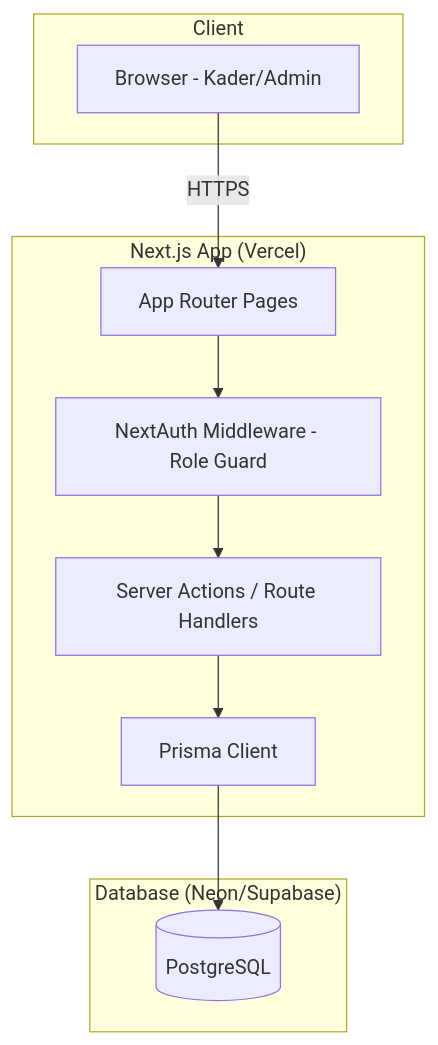
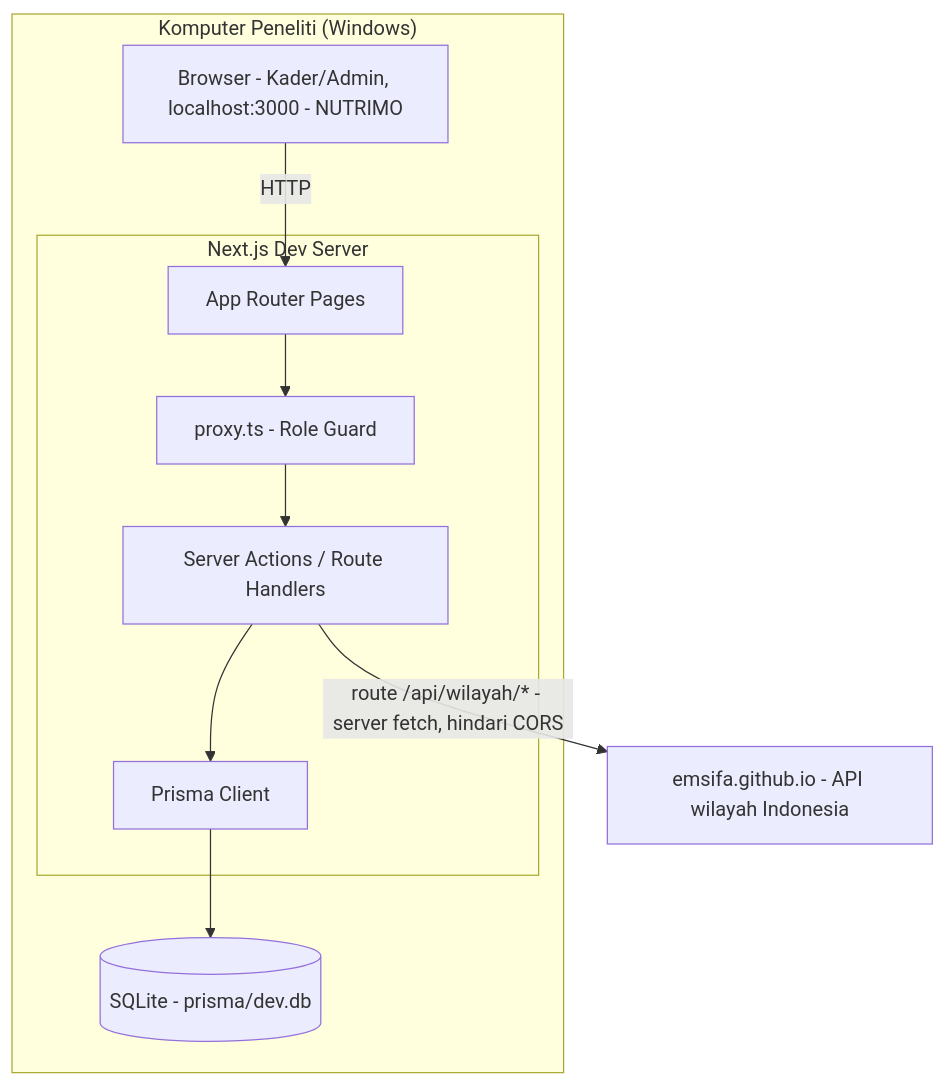
The first of 5 diagrams in architecture.md (Makipak/pakanBayi), drawn with Mermaid before and after one commit. The commit also changed other lines of this file and 7 other files, not shown here.

````diff
--- a/architecture.md
+++ b/architecture.md
@@ -19,23 +26,21 @@
 ```mermaid
 graph TD
-    subgraph Client
-        A[Browser - Kader/Admin]
+    subgraph "Komputer Peneliti (Windows)"
+        A[Browser - Kader/Admin, localhost:3000 - NUTRIMO]
+        subgraph "Next.js Dev Server"
+            B[App Router Pages]
+            C[Server Actions / Route Handlers]
+            D[proxy.ts - Role Guard]
+            E[Prisma Client]
+        end
+        F[(SQLite - prisma/dev.db)]
     end
+    G[emsifa.github.io - API wilayah Indonesia]
 
-    subgraph "Next.js App (Vercel)"
-        B[App Router Pages]
-        C[Server Actions / Route Handlers]
-        D[NextAuth Middleware - Role Guard]
-        E[Prisma Client]
-    end
-
-    subgraph "Database (Neon/Supabase)"
-        F[(PostgreSQL)]
-    end
-
-    A -->|HTTPS| B
+    A -->|HTTP| B
     B --> D
     D --> C
     C --> E
     E --> F
+    C -->|route /api/wilayah/* - server fetch, hindari CORS| G
 ```
````
